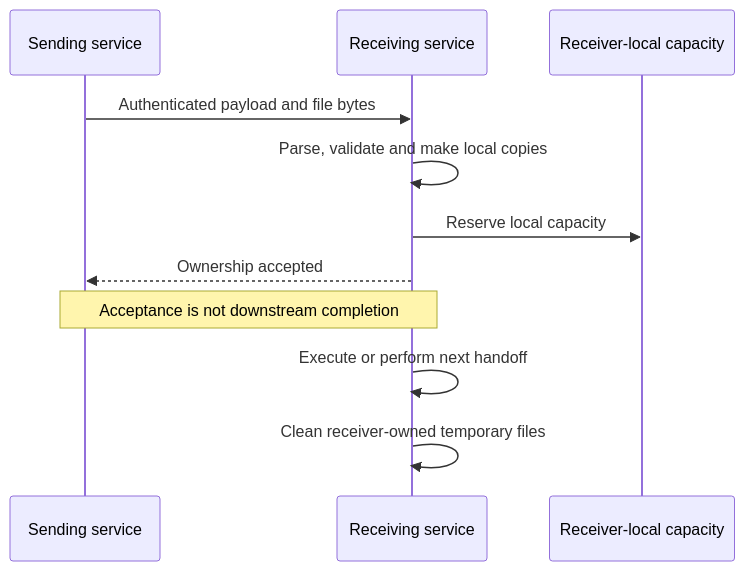
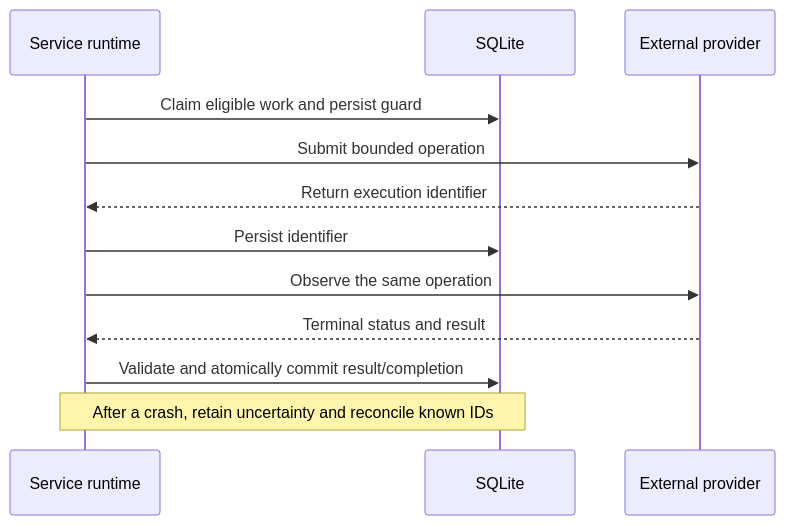
One commit to josefdeutsch/portfolio changed the second of 2 diagrams in ARCHITECTURE.md. Above: the diagram before and after it, drawn with Mermaid. The commit also changed other lines of this file and 4 other files, not shown here.

````diff
--- a/ARCHITECTURE.md
+++ b/ARCHITECTURE.md
@@ -51,13 +60,14 @@
 ```mermaid
 sequenceDiagram
-    participant S as Sending service
-    participant R as Receiving service
-    participant Q as Receiver-local capacity
-    S->>R: Authenticated payload and file bytes
-    R->>R: Parse, validate and make local copies
-    R->>Q: Reserve local capacity
-    R-->>S: Ownership accepted
-    Note over S,R: Acceptance is not downstream completion
-    R->>R: Execute or perform next handoff
-    R->>R: Clean receiver-owned temporary files
+    participant R as Service runtime
+    participant D as SQLite
+    participant P as External provider
+    R->>D: Claim eligible work and persist guard
+    R->>P: Submit bounded operation
+    P-->>R: Return execution identifier
+    R->>D: Persist identifier
+    R->>P: Observe the same operation
+    P-->>R: Terminal status and result
+    R->>D: Validate and atomically commit result/completion
+    Note over R,D: After a crash, retain uncertainty and reconcile known IDs
 ```
````
